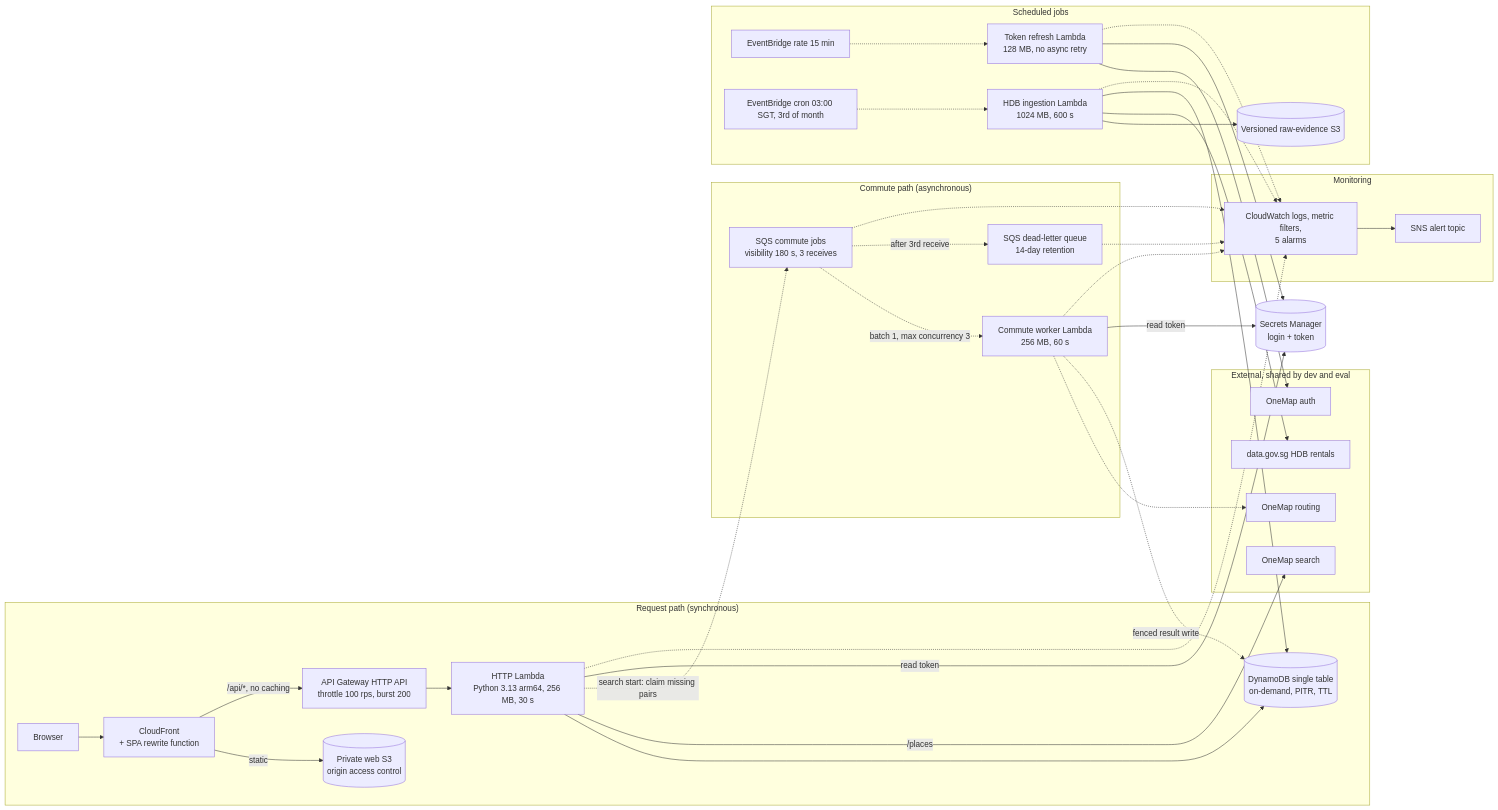
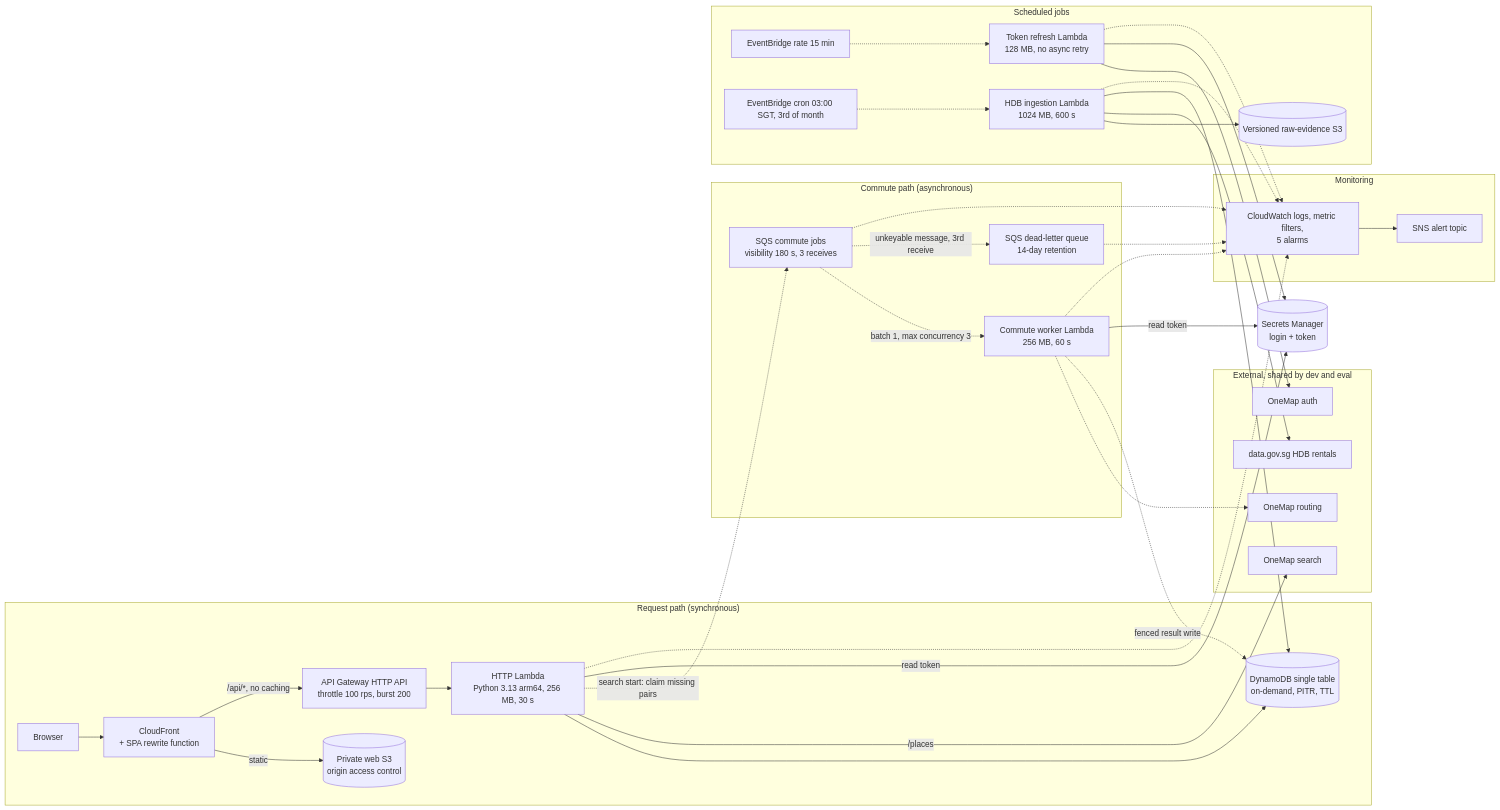
The diagram in docs/evaluation/architecture/README.md (horiiiiii032929/CS5225-teams12-2026), drawn with Mermaid before and after one commit. The commit also changed other lines of this file, not shown here.

Commit message:
docs(36): address WK's review — terminal third receive, fixed-window budget, concurrency not read

````diff
--- a/docs/evaluation/architecture/README.md
+++ b/docs/evaluation/architecture/README.md
@@ -20,40 +20,40 @@
 ```mermaid
 flowchart LR
   subgraph REQ["Request path (synchronous)"]
     U[Browser] --> CF[CloudFront<br/>+ SPA rewrite function]
     CF -->|static| S3W[(Private web S3<br/>origin access control)]
     CF -->|/api/*, no caching| APIG[API Gateway HTTP API<br/>throttle 100 rps, burst 200]
     APIG --> HTTP[HTTP Lambda<br/>Python 3.13 arm64, 256 MB, 30 s]
     HTTP --> DDB[(DynamoDB single table<br/>on-demand, PITR, TTL)]
   end
   subgraph ASYNC["Commute path (asynchronous)"]
     SQ[SQS commute jobs<br/>visibility 180 s, 3 receives] -.->|batch 1, max concurrency 3| W[Commute worker Lambda<br/>256 MB, 60 s]
-    SQ -.->|after 3rd receive| DLQ[SQS dead-letter queue<br/>14-day retention]
+    SQ -.->|unkeyable message, 3rd receive| DLQ[SQS dead-letter queue<br/>14-day retention]
   end
   subgraph SCHED["Scheduled jobs"]
     EB1[EventBridge rate 15 min] -.-> TOK[Token refresh Lambda<br/>128 MB, no async retry]
     EB2[EventBridge cron 03:00 SGT, 3rd of month] -.-> ING[HDB ingestion Lambda<br/>1024 MB, 600 s]
     ING --> S3R[(Versioned raw-evidence S3)]
   end
   subgraph OPS["Monitoring"]
     CW[CloudWatch logs, metric filters,<br/>5 alarms] --> SNS[SNS alert topic]
   end
   subgraph EXT["External, shared by dev and eval"]
     OMS[OneMap search]
     OMR[OneMap routing]
     OMA[OneMap auth]
     DG[data.gov.sg HDB rentals]
   end
   HTTP -->|/places| OMS
   HTTP -.->|search start: claim missing pairs| SQ
   W -.-> OMR
   W -.->|fenced result write| DDB
   TOK --> OMA
   TOK --> SEC[(Secrets Manager<br/>login + token)]
   HTTP -->|read token| SEC
   W -->|read token| SEC
   ING --> DG
   ING --> DDB
   HTTP & W & TOK & ING -.-> CW
   SQ & DLQ -.-> CW
 ```
````
